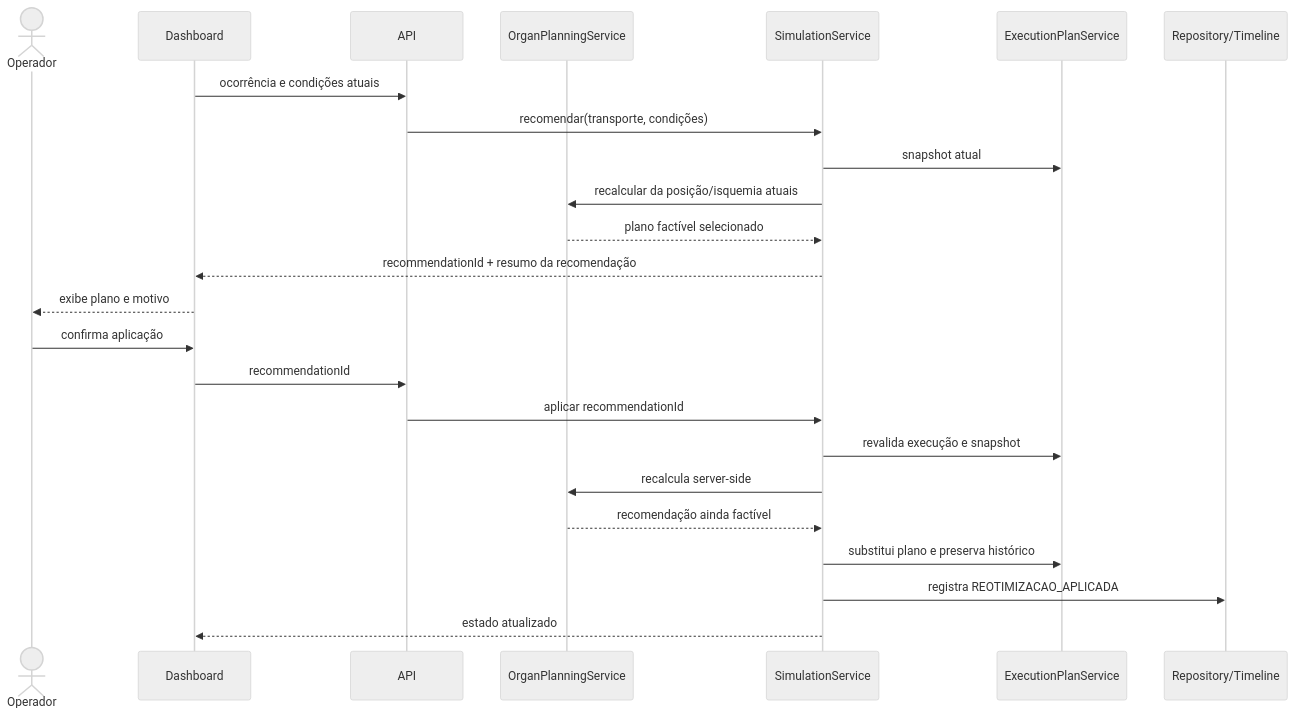
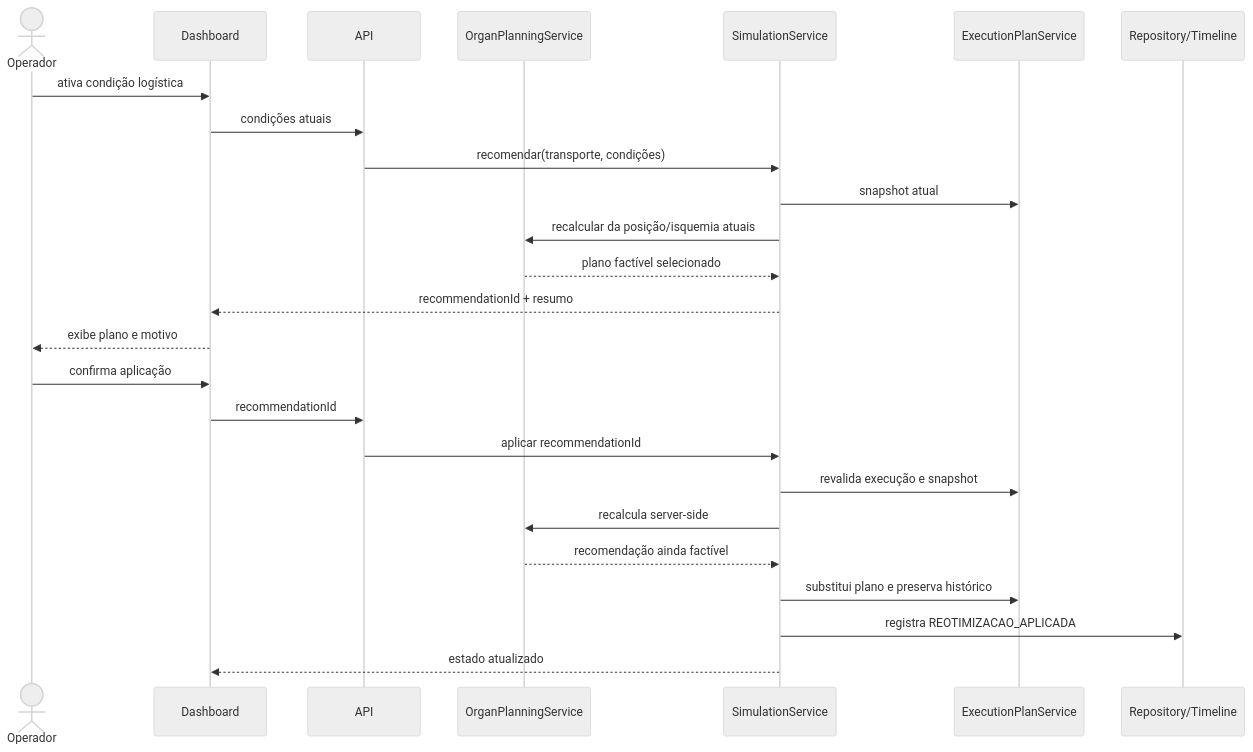
One commit to sandrozdb/lifebox-smart-organ-transport changed the fourth of 4 diagrams in docs/architecture.md. Above: the diagram before and after it, drawn with Mermaid (neutral theme). The commit also changed other lines of this file and 20 other files, not shown here.

````diff
--- a/docs/architecture.md
+++ b/docs/architecture.md
@@ -70,27 +89,28 @@
 ```mermaid
 sequenceDiagram
   actor Operador
   participant Dashboard
   participant API
   participant Planning as OrganPlanningService
   participant Simulation as SimulationService
   participant Execution as ExecutionPlanService
   participant Timeline as Repository/Timeline
 
-  Dashboard->>API: ocorrência e condições atuais
+  Operador->>Dashboard: ativa condição logística
+  Dashboard->>API: condições atuais
   API->>Simulation: recomendar(transporte, condições)
   Simulation->>Execution: snapshot atual
   Simulation->>Planning: recalcular da posição/isquemia atuais
   Planning-->>Simulation: plano factível selecionado
-  Simulation-->>Dashboard: recommendationId + resumo da recomendação
+  Simulation-->>Dashboard: recommendationId + resumo
   Dashboard-->>Operador: exibe plano e motivo
   Operador->>Dashboard: confirma aplicação
   Dashboard->>API: recommendationId
   API->>Simulation: aplicar recommendationId
   Simulation->>Execution: revalida execução e snapshot
   Simulation->>Planning: recalcula server-side
   Planning-->>Simulation: recomendação ainda factível
   Simulation->>Execution: substitui plano e preserva histórico
   Simulation->>Timeline: registra REOTIMIZACAO_APLICADA
   Simulation-->>Dashboard: estado atualizado
 ```
````
